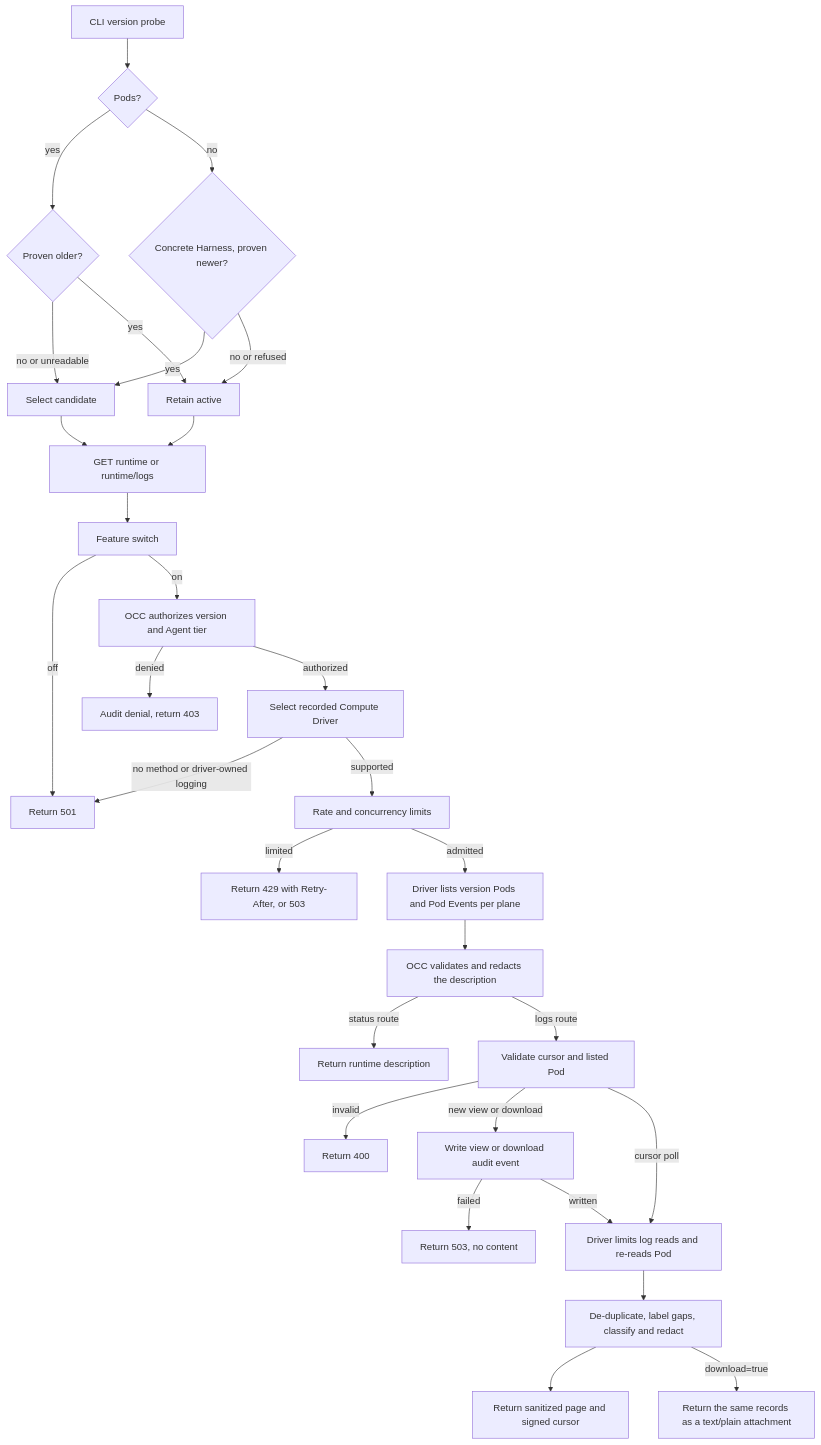
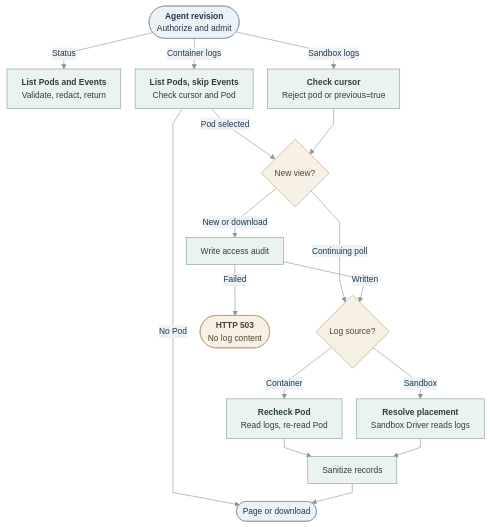
One commit to openclaw/openclaw-enterprise changed the diagram in docs/flows/agent-runtime-logs.md. Above: the diagram before and after it, drawn with Mermaid. The commit also changed other lines of this file, not shown here.

Commit message:
docs: distinguish runtime status from container and Sandbox log reads

````diff
--- a/docs/flows/agent-runtime-logs.md
+++ b/docs/flows/agent-runtime-logs.md
@@ -30,32 +30,28 @@
 ```mermaid
 graph TD
-  V["CLI version probe"] --> W{"Pods?"}
-  W -->|yes| Z{"Proven older?"}
-  Z -->|no or unreadable| X["Select candidate"]
-  Z -->|yes| Y["Retain active"]
-  W -->|no| T{"Concrete Harness, proven newer?"}
-  T -->|yes| X
-  T -->|no or refused| Y
-  X --> A["GET runtime or runtime/logs"]
-  Y --> A
-  A --> B["Feature switch"]
-  B -->|off| C["Return 501"]
-  B -->|on| E["OCC authorizes version and Agent tier"]
-  E -->|denied| F["Audit denial, return 403"]
-  E -->|authorized| G["Select recorded Compute Driver"]
-  G -->|no method or driver-owned logging| C
-  G -->|supported| S["Rate and concurrency limits"]
-  S -->|limited| D["Return 429 with Retry-After, or 503"]
-  S -->|admitted| H["Driver lists version Pods and Pod Events per plane"]
-  H --> I["OCC validates and redacts the description"]
-  I -->|status route| J["Return runtime description"]
-  I -->|logs route| K["Validate cursor and listed Pod"]
-  K -->|invalid| L["Return 400"]
-  K -->|new view or download| M["Write view or download audit event"]
-  M -->|failed| N["Return 503, no content"]
-  M -->|written| O["Driver limits log reads and re-reads Pod"]
-  K -->|cursor poll| O
-  O --> P["De-duplicate, label gaps, classify and redact"]
-  P --> Q["Return sanitized page and signed cursor"]
-  P -->|download=true| R["Return the same records as a text/plain attachment"]
+  %%{init: {"theme":"base","htmlLabels":true,"themeVariables":{"fontSize":"14px","primaryTextColor":"#25364A","lineColor":"#8B949E","edgeLabelBackground":"#EDF2F7"},"flowchart":{"curve":"linear","nodeSpacing":24,"rankSpacing":30,"padding":12,"diagramPadding":10}}}%%
+  A(["<b>Agent revision</b><br/>Authorize and admit"])
+  A -->|Status| C["<b>List Pods and Events</b><br/>Validate, redact, return"]
+  A -->|Container logs| E["<b>List Pods, skip Events</b><br/>Check cursor and Pod"]
+  A -->|Sandbox logs| F["<b>Check cursor</b><br/>Reject pod or previous=true"]
+  E -->|Pod selected| G{"New view?"}
+  E -->|No Pod| N
+  F --> G
+  G -->|New or download| H[Write access audit]
+  G -->|Continuing poll| I{"Log source?"}
+  H -->|Written| I
+  H -->|Failed| J(["<b>HTTP 503</b><br/>No log content"])
+  I -->|Container| K["<b>Recheck Pod</b><br/>Read logs, re-read Pod"]
+  I -->|Sandbox| L["<b>Resolve placement</b><br/>Sandbox Driver reads logs"]
+  K --> M[Sanitize records]
+  L --> M
+  M --> N([Page or download])
+
+  classDef api fill:#EDF2F7,stroke:#879AB0,color:#25364A,stroke-width:1px
+  classDef operation fill:#EBF3F0,stroke:#7F9D93,color:#2B4038,stroke-width:1px
+  classDef gate fill:#F7F1E5,stroke:#B3A078,color:#514532,stroke-width:1px
+  class A,N api
+  class C,E,F,H,K,L,M operation
+  class G,I,J gate
+  linkStyle default stroke:#8B949E,stroke-width:1px
 ```
````
